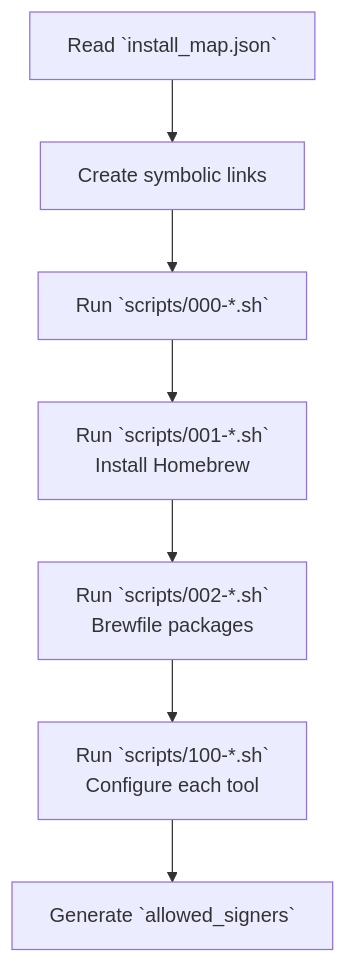
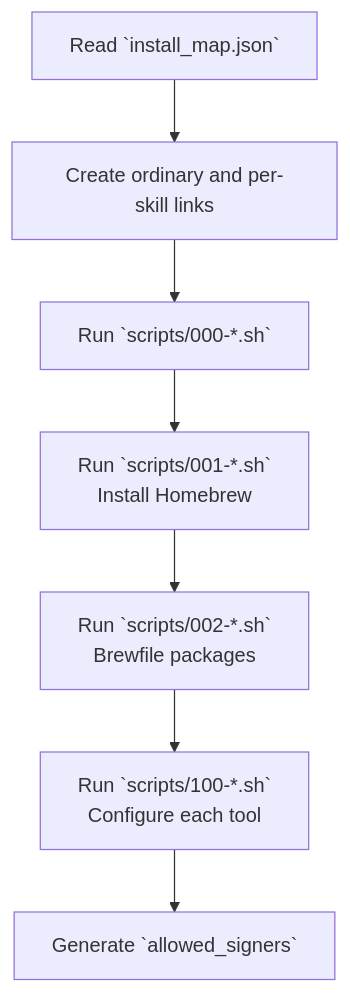
The diagram in docs/guides/02-installation.md (daiksud/dotfiles), drawn with Mermaid before and after one commit. The commit also changed other lines of this file and 32 other files, not shown here.

````diff
--- a/docs/guides/02-installation.md
+++ b/docs/guides/02-installation.md
@@ -23,9 +23,9 @@
 ```mermaid
 graph TD
-    A[Read `install_map.json`] --> B[Create symbolic links]
+    A[Read `install_map.json`] --> B[Create ordinary and per-skill links]
     B --> C[Run `scripts/000-*.sh`]
     C --> D[Run `scripts/001-*.sh`<br/>Install Homebrew]
     D --> E[Run `scripts/002-*.sh`<br/>Brewfile packages]
     E --> F[Run `scripts/100-*.sh`<br/>Configure each tool]
     F --> G[Generate `allowed_signers`]
 ```
````
